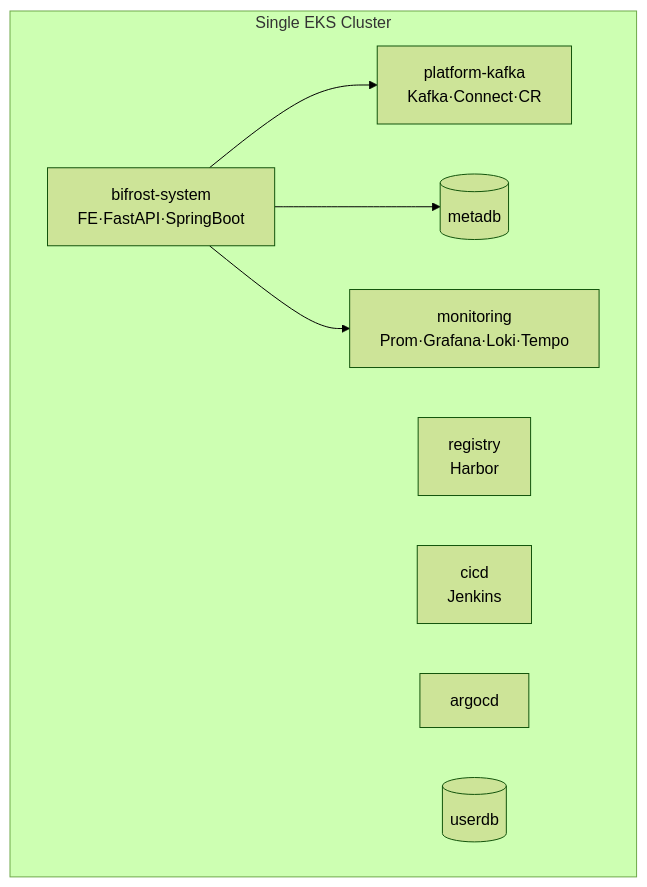
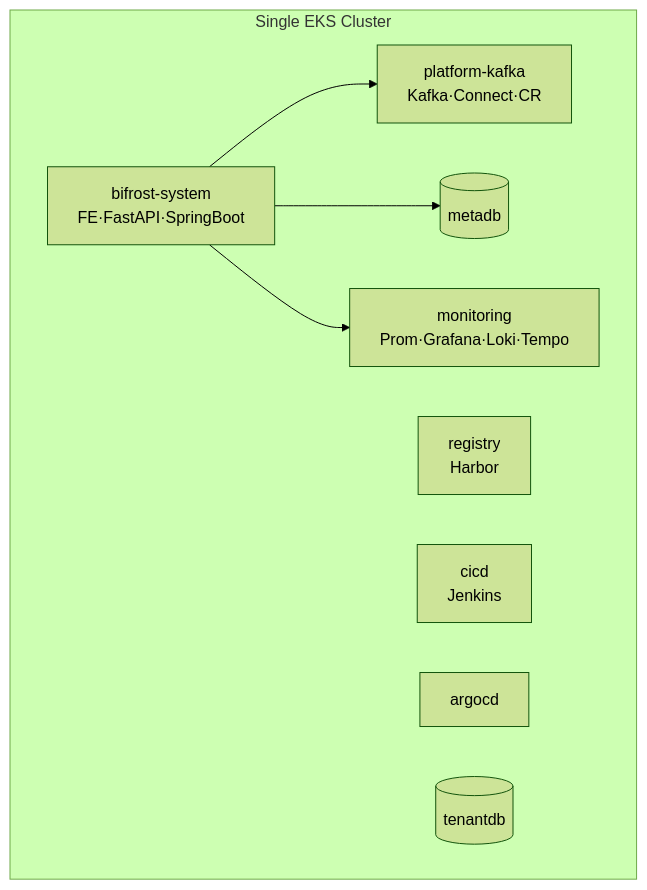
Before and after one commit to cloud-team2/bifrost: the diagram in docs/design/infra.md, drawn with Mermaid (forest theme). The commit also changed other lines of this file and 13 other files, not shown here.

First line of the commit message:
#119 [chore] userdb → tenantdb 이름변경 (테넌트/고객 DB 의미 명확화)

````diff
--- a/docs/design/infra.md
+++ b/docs/design/infra.md
@@ -7,17 +7,17 @@
 ```mermaid
 flowchart TB
     subgraph EKS[Single EKS Cluster]
       direction LR
       PK[platform-kafka<br/>Kafka·Connect·CR]
       BF[bifrost-system<br/>FE·FastAPI·SpringBoot]
       RG[registry<br/>Harbor]
       CI[cicd<br/>Jenkins]
       AR[argocd]
       MON[monitoring<br/>Prom·Grafana·Loki·Tempo]
       MDB[(metadb)]
-      UDB[(userdb)]
+      UDB[(tenantdb)]
     end
     BF --> PK
     BF --> MDB
     BF --> MON
 ```
````
